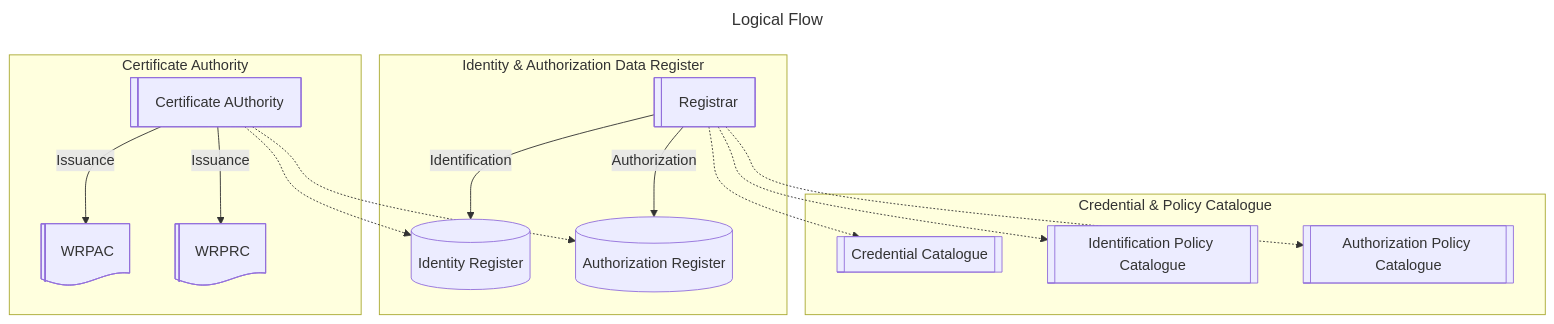
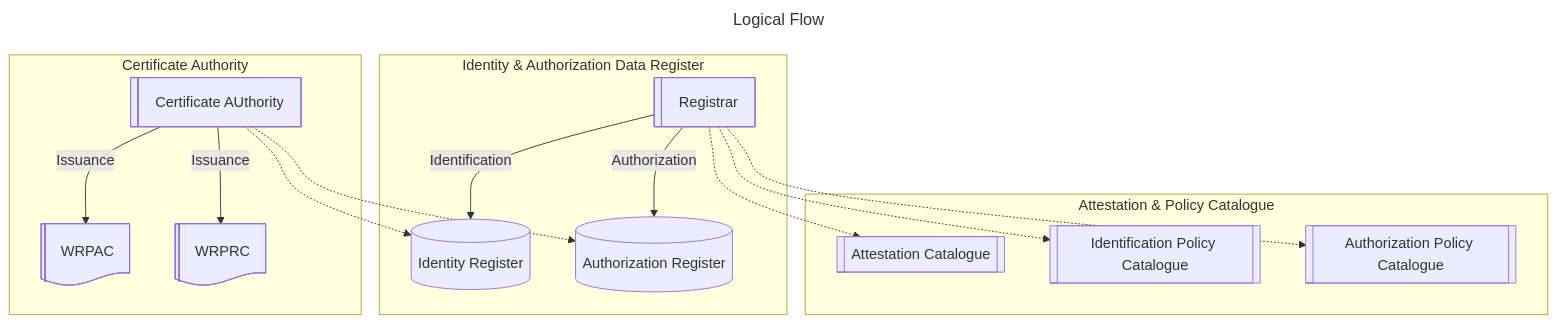
Before and after one commit to APTITUDE-Consortium/wp2-trust-specifications: the second of 3 diagrams in topics/trust-management-process.md, drawn with Mermaid. The commit also changed other lines of this file, not shown here.

````diff
--- a/topics/trust-management-process.md
+++ b/topics/trust-management-process.md
@@ -64,34 +57,34 @@
 ```mermaid graph
 ---
 title: Logical Flow
 ---
 flowchart TD 
-subgraph Cred_Def["Credential & Policy Catalogue"]
-        Cred[["Credential Catalogue"]]
+subgraph Cred_Def["Attestation & Policy Catalogue"]
+        Cred[["Attestation Catalogue"]]
         IDPol[["Identification Policy Catalogue"]]
         CredPol[["Authorization Policy Catalogue"]]
 end
 subgraph Register["Identity & Authorization Data Register"]
         IDReg@{shape: cyl, label: "Identity Register" }
         AuthReg@{shape: cyl, label: "Authorization Register"}
         Registrar@{shape: lin-rect, label: "Registrar" }
 end
 subgraph C_A["Certificate Authority"]
         WRPAC@{ shape: lin-doc, label: "WRPAC" }
         WRPRC@{ shape: lin-doc, label: "WRPRC" }
         CA@{shape: lin-rect, label: "Certificate AUthority" }
 end
 
     Registrar-->|Identification|IDReg
     Registrar-.->IDPol
 
     Registrar-.->Cred
     Registrar-.->CredPol
     Registrar-->|Authorization|AuthReg
 
     CA-.->IDReg
     CA-->|Issuance|WRPAC
     CA-.->AuthReg
     CA-->|Issuance|WRPRC
 
 ```
````
